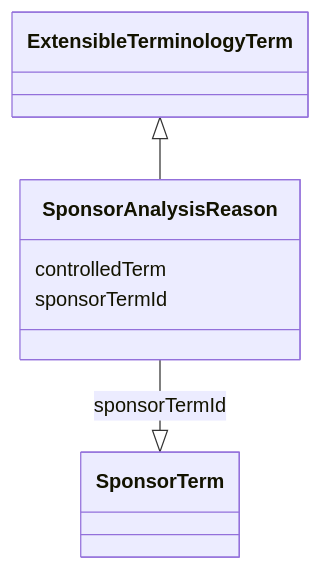
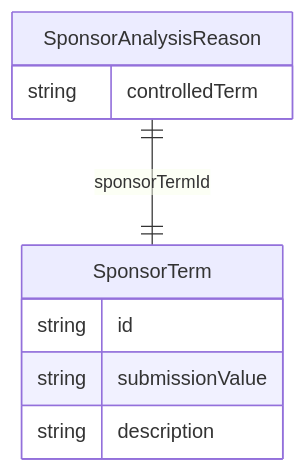
One commit to cdisc-org/analysis-results-standard changed the diagram in project/docs/SponsorAnalysisReason.md. Above: the diagram before and after it, drawn with Mermaid. The commit also changed 131 other files, not shown here.

Commit message:
Add top-level diagram to documentation

````diff
--- a/project/docs/SponsorAnalysisReason.md
+++ b/project/docs/SponsorAnalysisReason.md
@@ -14,13 +13,14 @@
 ```mermaid
- classDiagram
-    class SponsorAnalysisReason
-      ExtensibleTerminologyTerm <|-- SponsorAnalysisReason
-      
-      SponsorAnalysisReason : controlledTerm
-        
-      SponsorAnalysisReason : sponsorTermId
-        
-          SponsorAnalysisReason --|> SponsorTerm : sponsorTermId
-        
-      
+erDiagram
+SponsorAnalysisReason {
+    string controlledTerm  
+}
+SponsorTerm {
+    string id  
+    string submissionValue  
+    string description  
+}
+
+SponsorAnalysisReason ||--|| SponsorTerm : "sponsorTermId"
+
 ```
````
